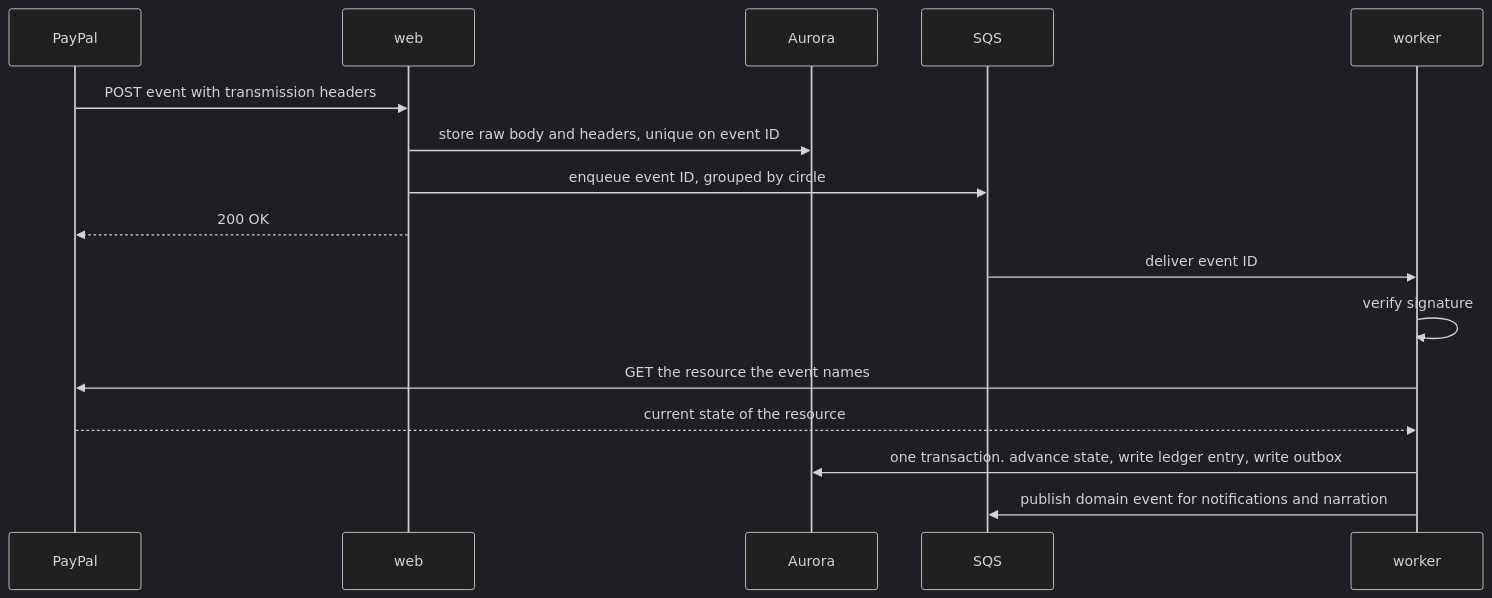
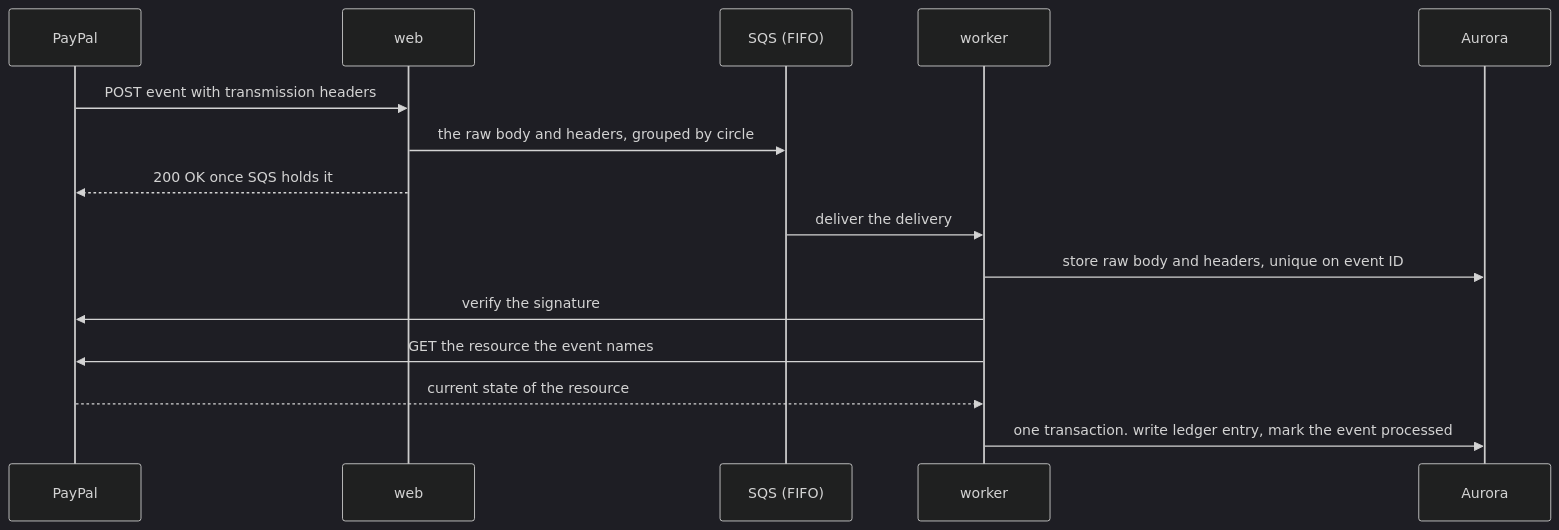
One commit to rogerjeasy/kin changed the seventh of 17 diagrams in docs/architecture.md. Above: the diagram before and after it, drawn with Mermaid (dark theme). The commit also changed other lines of this file and 3 other files, not shown here.

````diff
--- a/docs/architecture.md
+++ b/docs/architecture.md
@@ -599,19 +601,18 @@
 ```mermaid
 sequenceDiagram
     participant PP as PayPal
     participant WEB as web
+    participant Q as SQS (FIFO)
+    participant WK as worker
     participant DB as Aurora
-    participant Q as SQS
-    participant WK as worker
 
     PP->>WEB: POST event with transmission headers
-    WEB->>DB: store raw body and headers, unique on event ID
-    WEB->>Q: enqueue event ID, grouped by circle
-    WEB-->>PP: 200 OK
-    Q->>WK: deliver event ID
-    WK->>WK: verify signature
+    WEB->>Q: the raw body and headers, grouped by circle
+    WEB-->>PP: 200 OK once SQS holds it
+    Q->>WK: deliver the delivery
+    WK->>DB: store raw body and headers, unique on event ID
+    WK->>PP: verify the signature
     WK->>PP: GET the resource the event names
     PP-->>WK: current state of the resource
-    WK->>DB: one transaction. advance state, write ledger entry, write outbox
-    WK->>Q: publish domain event for notifications and narration
+    WK->>DB: one transaction. write ledger entry, mark the event processed
 ```
````
